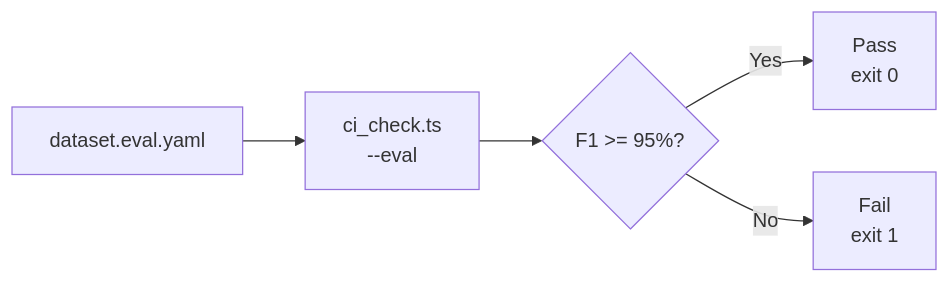
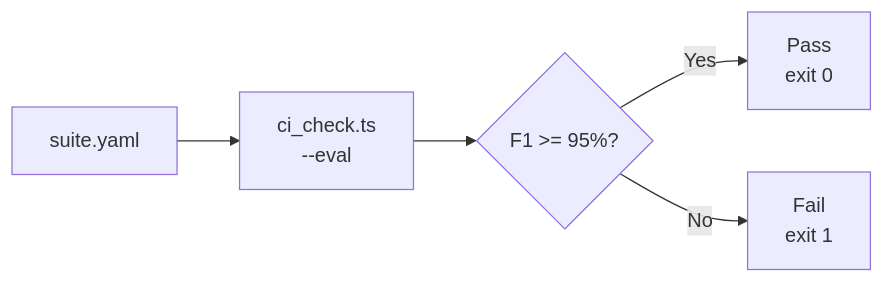
Before and after one commit to EntityProcess/agentv: the second of 2 diagrams in examples/showcase/export-screening/README.md, drawn with Mermaid. The commit also changed other lines of this file and 301 other files, not shown here.

First line of the commit message:
fix(examples): migrate eval suites to suite yaml

````diff
--- a/examples/showcase/export-screening/README.md
+++ b/examples/showcase/export-screening/README.md
@@ -192,7 +193,7 @@
 ```mermaid
 flowchart LR
-    A[dataset.eval.yaml] --> B[ci_check.ts<br/>--eval]
+    A[suite.yaml] --> B[ci_check.ts<br/>--eval]
     B --> C{F1 >= 95%?}
     C -->|Yes| D[Pass<br/>exit 0]
     C -->|No| E[Fail<br/>exit 1]
 ```
````
